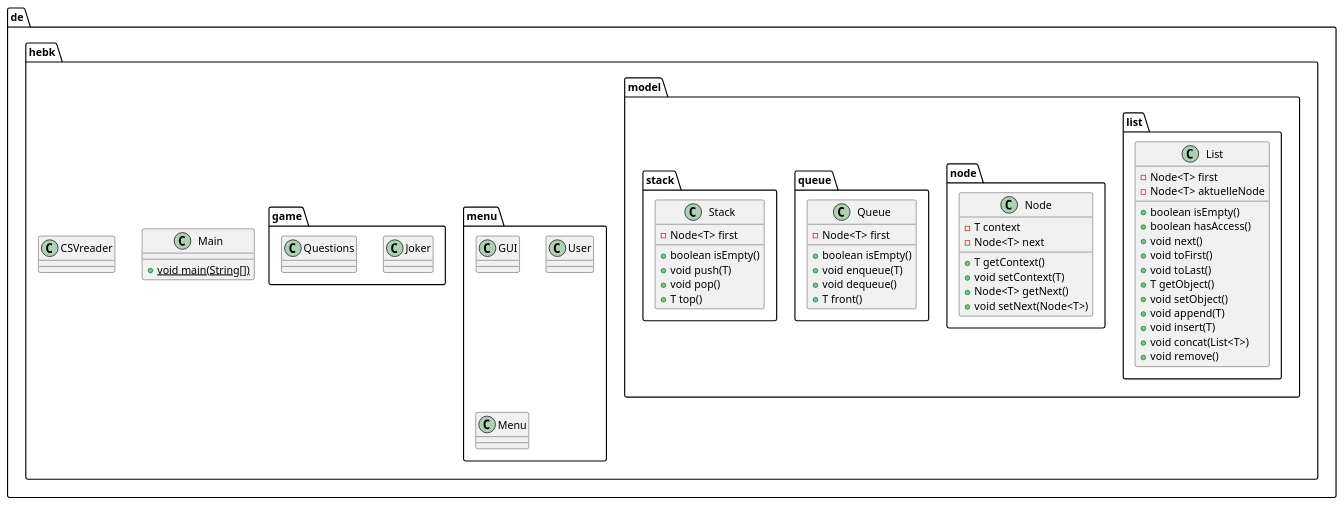
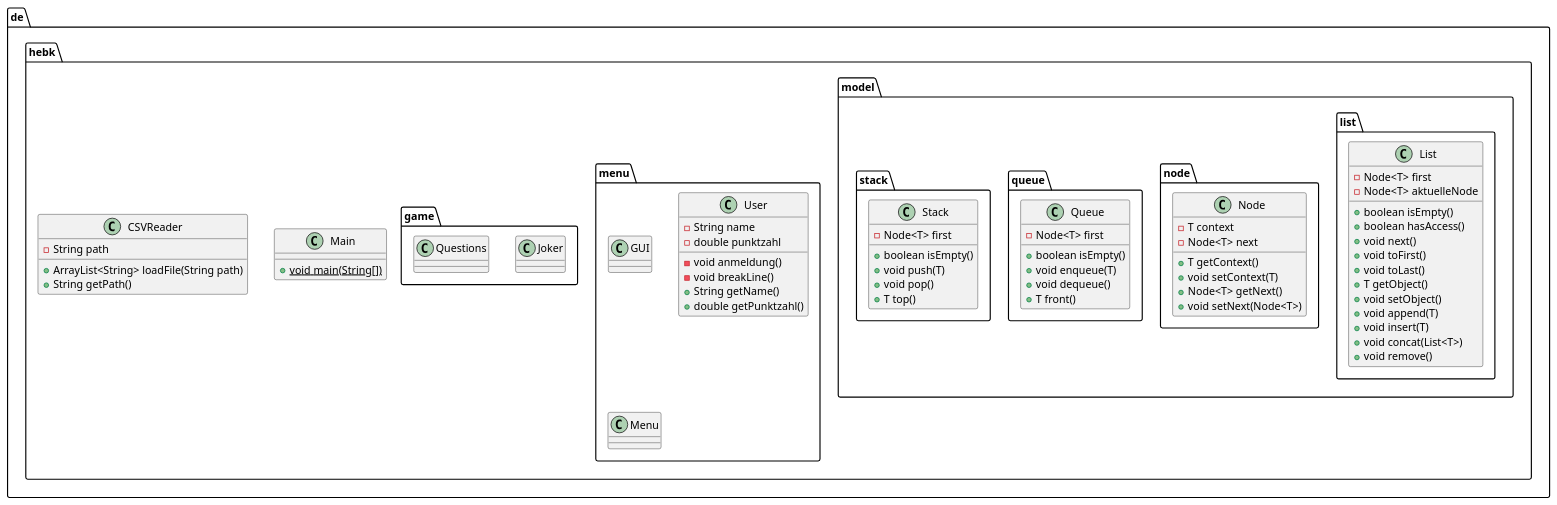
The diagram in doku/lastenheft/Diagramme/Klassendiagramm.puml (HEBK-BGM/dynamische-Datenstrukturen-Team-3), drawn with PlantUML before and after one commit. The commit also changed 5 other files, not shown here.

Commit message:
[ADD] Anmeldung + [FIX] Fixes + [CHA] Klassendiagramm

```diff
--- a/doku/lastenheft/Diagramme/Klassendiagramm.puml
+++ b/doku/lastenheft/Diagramme/Klassendiagramm.puml
@@ -1,95 +1,102 @@
 @startuml
 'https://plantuml.com/class-diagram
 /'
 abstract class AbstractList
 abstract AbstractCollection
 interface List
 interface Collection
 
 List <|-- AbstractList
 Collection <|-- AbstractCollection
 
 Collection <|- List
 AbstractCollection <|- AbstractList
 AbstractList <|-- ArrayList
 
 class ArrayList {
 Object[] elementData
 size()
 }
 
 enum TimeUnit {
 DAYS
 HOURS
 MINUTES
 }
 '/
 
 class de.hebk.model.list.List {
 - Node<T> first
 - Node<T> aktuelleNode
 + boolean isEmpty()
 + boolean hasAccess()
 + void next()
 + void toFirst()
 + void toLast()
 + T getObject()
 + void setObject()
 + void append(T)
 + void insert(T)
 + void concat(List<T>)
 + void remove()
 }
 
 class de.hebk.model.node.Node {
 - T context
 - Node<T> next
 + T getContext()
 + void setContext(T)
 + Node<T> getNext()
 + void setNext(Node<T>)
 }
 
 class de.hebk.model.queue.Queue {
 - Node<T> first
 + boolean isEmpty()
 + void enqueue(T)
 + void dequeue()
 + T front()
 }
 class de.hebk.model.stack.Stack {
 - Node<T> first
 + boolean isEmpty()
 + void push(T)
 + void pop()
 + T top()
 }
 class de.hebk.Main {
 + {static} void main(String[])
 }
 
 class de.hebk.menu.GUI{
 
 }
 
 class de.hebk.game.Joker{
 
 }
 
 class de.hebk.game.Questions{
 
 }
 
 class de.hebk.menu.User{
-
+- String name
+- double punktzahl
+- void anmeldung()
+- void breakLine()
++ String getName()
++ double getPunktzahl()
 }
 
-class de.hebk.CSVreader{
-
+class de.hebk.CSVReader{
+- String path
++ ArrayList<String> loadFile(String path)
++ String getPath()
 }
 
 class de.hebk.menu.Menu{
 
 }
 
 @enduml
```
